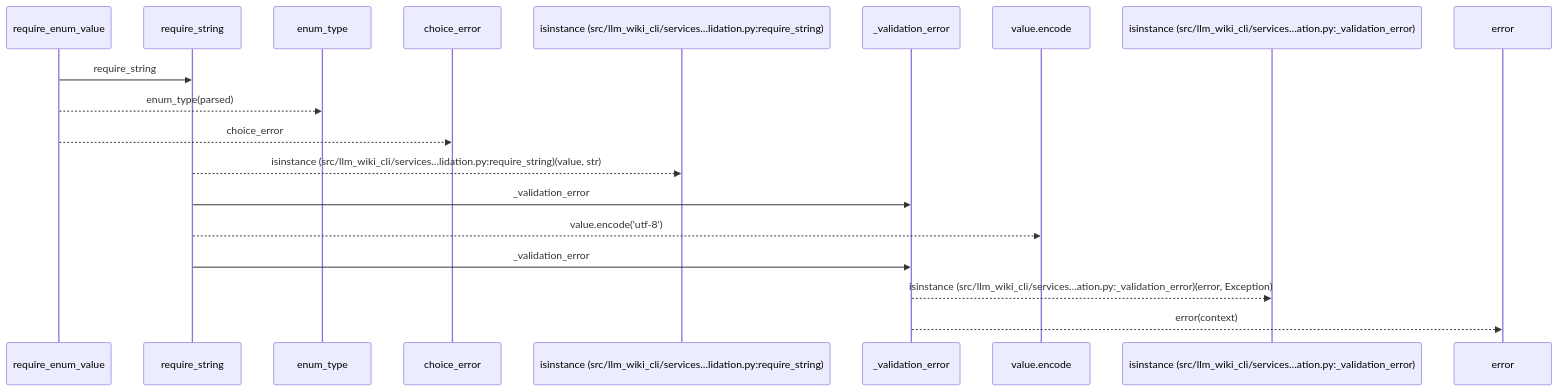
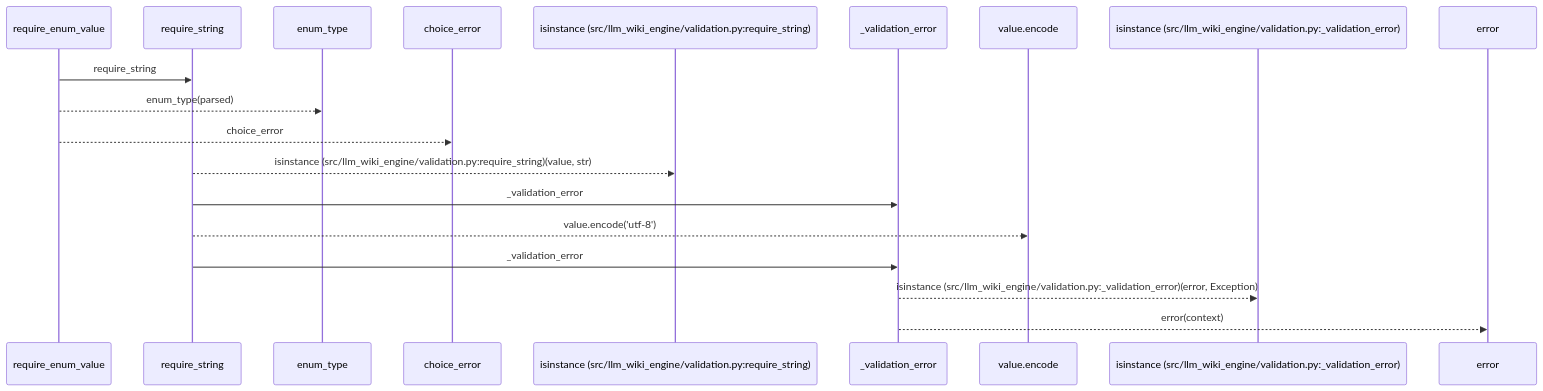
One commit to Denissvgn/python-wiki-llm changed the first of 2 diagrams in docs/llm_wiki/flows/api-require_enum_value.md. Above: the diagram before and after it, drawn with Mermaid. The commit also changed other lines of this file and 1103 other files, not shown here.

First line of the commit message:
docs: refresh the wiki for the llm-wiki-engine distribution

````diff
--- a/docs/llm_wiki/flows/api-require_enum_value.md
+++ b/docs/llm_wiki/flows/api-require_enum_value.md
@@ -12,21 +12,21 @@
 ```mermaid
 sequenceDiagram
     participant p0 as require_enum_value
     participant p1 as require_string
     participant p2 as enum_type
     participant p3 as choice_error
-    participant p4 as isinstance (src/llm_wiki_cli/services…lidation.py:require_string)
+    participant p4 as isinstance (src/llm_wiki_engine/validation.py:require_string)
     participant p5 as _validation_error
     participant p6 as value.encode
-    participant p7 as isinstance (src/llm_wiki_cli/services…ation.py:_validation_error)
+    participant p7 as isinstance (src/llm_wiki_engine/validation.py:_validation_error)
     participant p8 as error
     p0->>p1: require_string
     p0-->>p2: enum_type(parsed)
     p0-->>p3: choice_error
-    p1-->>p4: isinstance (src/llm_wiki_cli/services…lidation.py:require_string)(value, str)
+    p1-->>p4: isinstance (src/llm_wiki_engine/validation.py:require_string)(value, str)
     p1->>p5: _validation_error
     p1-->>p6: value.encode('utf-8')
     p1->>p5: _validation_error
-    p5-->>p7: isinstance (src/llm_wiki_cli/services…ation.py:_validation_error)(error, Exception)
+    p5-->>p7: isinstance (src/llm_wiki_engine/validation.py:_validation_error)(error, Exception)
     p5-->>p8: error(context)
 ```
````
